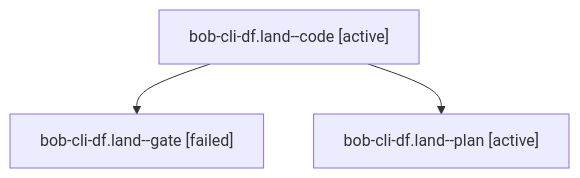
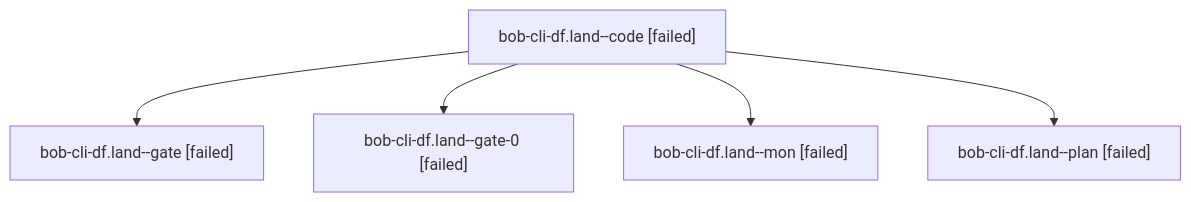
The diagram in sessions/bbugyi200.athena.bob-cli-df.land.md (bobs-org/bob-cli--agents), drawn with Mermaid before and after one commit. The commit also changed other lines of this file and 216 other files, not shown here.

````diff
--- a/sessions/bbugyi200.athena.bob-cli-df.land.md
+++ b/sessions/bbugyi200.athena.bob-cli-df.land.md
@@ -9,8 +9,12 @@
 ```mermaid
 flowchart TD
-  n0["bob-cli-df.land--code [active]"]
+  n0["bob-cli-df.land--code [failed]"]
   n1["bob-cli-df.land--gate [failed]"]
   n0 --> n1
-  n2["bob-cli-df.land--plan [active]"]
+  n2["bob-cli-df.land--gate-0 [failed]"]
   n0 --> n2
+  n3["bob-cli-df.land--mon [failed]"]
+  n0 --> n3
+  n4["bob-cli-df.land--plan [failed]"]
+  n0 --> n4
 ```
````
